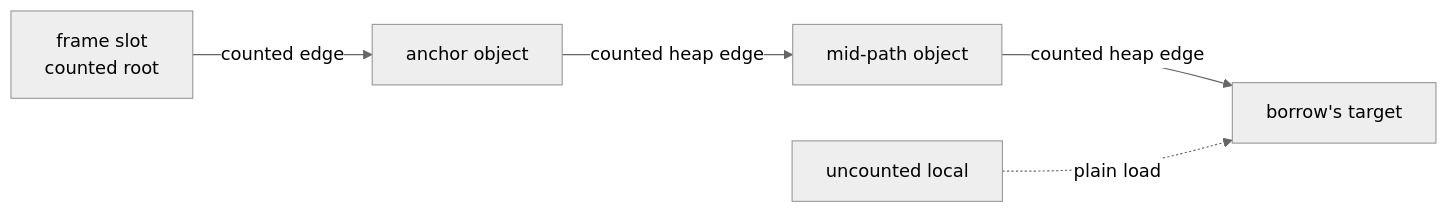
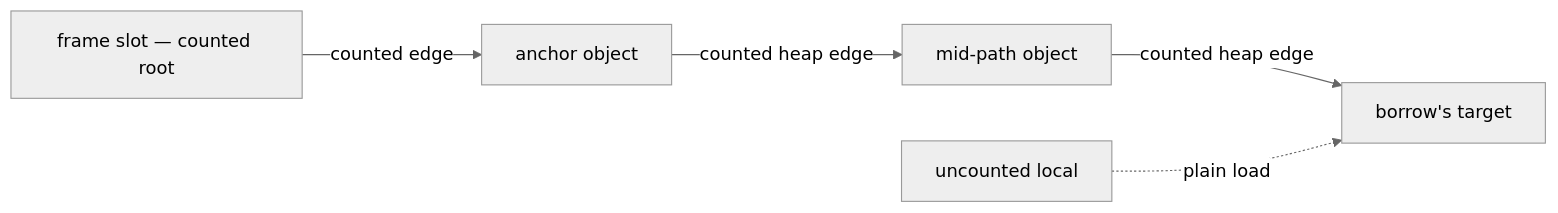
Before and after one commit to limelight-lang/model: the first of 2 diagrams in dev/design/proof-horizon-structures.md, drawn with Mermaid (neutral theme). The commit also changed other lines of this file and 1 other file, not shown here.

First line of the commit message:
dev: fix mermaid labels in the proof-horizon reading aids

````diff
--- a/dev/design/proof-horizon-structures.md
+++ b/dev/design/proof-horizon-structures.md
@@ -44,8 +44,7 @@
 ```mermaid
 flowchart LR
-    F[frame slot
-counted root] -->|counted edge| A[anchor object]
-    A -->|counted heap edge| M[mid-path object]
-    M -->|counted heap edge| T[borrow's target]
-    B[uncounted local] -. plain load .-> T
+    F["frame slot — counted root"] -->|counted edge| A["anchor object"]
+    A -->|counted heap edge| M["mid-path object"]
+    M -->|counted heap edge| T["borrow's target"]
+    B["uncounted local"] -. plain load .-> T
 ```
````
